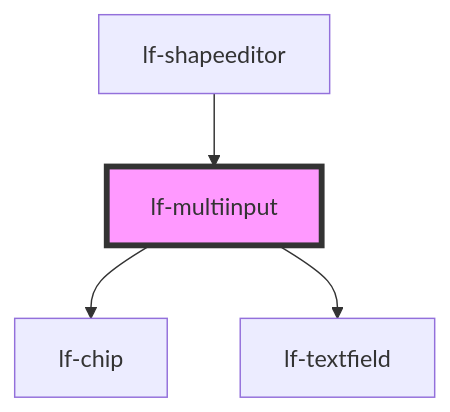
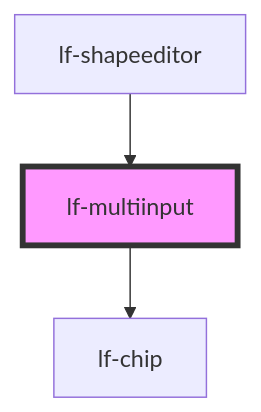
One commit to lucafoscili/lf-widgets changed the diagram in packages/core/src/components/lf-multiinput/readme.md. Above: the diagram before and after it, drawn with Mermaid. The commit also changed other lines of this file and 96 other files, not shown here.

````diff
--- a/packages/core/src/components/lf-multiinput/readme.md
+++ b/packages/core/src/components/lf-multiinput/readme.md
@@ -191,7 +190,6 @@
 ```mermaid
 graph TD;
   lf-multiinput --> lf-chip
-  lf-multiinput --> lf-textfield
   lf-shapeeditor --> lf-multiinput
   style lf-multiinput fill:#f9f,stroke:#333,stroke-width:4px
 ```
````
